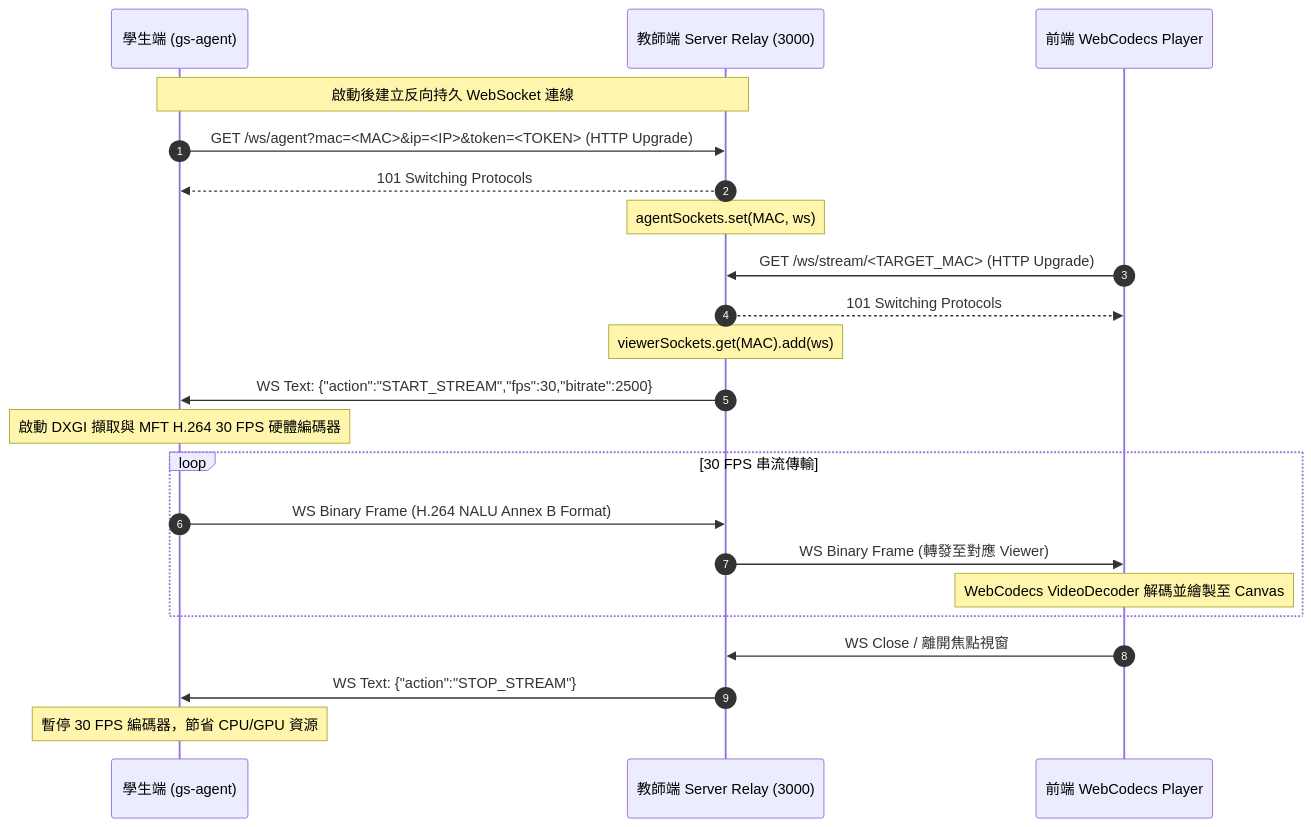
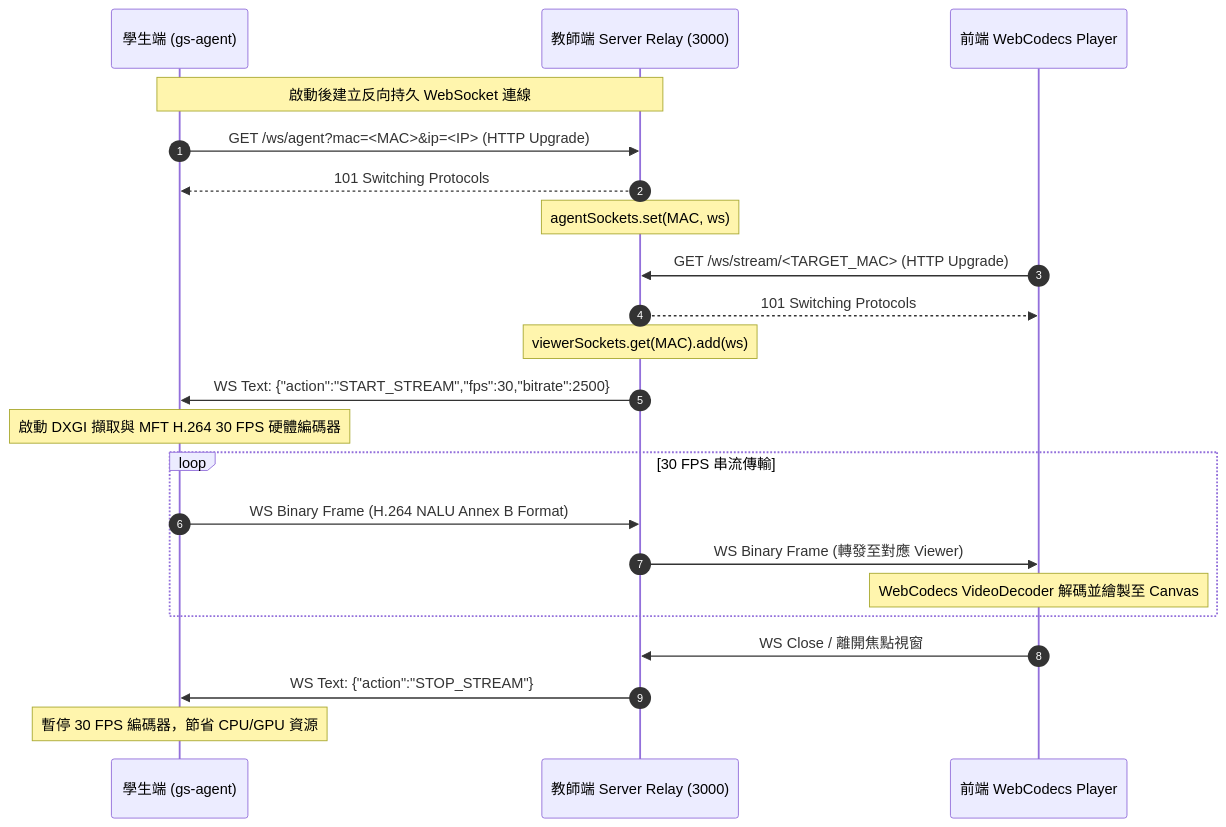
Before and after one commit to zzlee/gridsight: the third of 4 diagrams in docs/protocol_spec.md, drawn with Mermaid. The commit also changed other lines of this file and 56 other files, not shown here.

First line of the commit message:
feat(assignment,rollcall,docker): add assignment collection & share cluster tests, roll call flow, and card simplification

````diff
--- a/docs/protocol_spec.md
+++ b/docs/protocol_spec.md
@@ -74,29 +76,29 @@
 ```mermaid
 sequenceDiagram
     autonumber
     participant Student as 學生端 (gs-agent)
     participant Server as 教師端 Server Relay (3000)
     participant Browser as 前端 WebCodecs Player
 
     Note over Student,Server: 啟動後建立反向持久 WebSocket 連線
-    Student->>Server: GET /ws/agent?mac=<MAC>&ip=<IP>&token=<TOKEN> (HTTP Upgrade)
+        Student->>Server: GET /ws/agent?mac=<MAC>&ip=<IP> (HTTP Upgrade)
     Server-->>Student: 101 Switching Protocols
     Note over Server: agentSockets.set(MAC, ws)
 
     Browser->>Server: GET /ws/stream/<TARGET_MAC> (HTTP Upgrade)
     Server-->>Browser: 101 Switching Protocols
     Note over Server: viewerSockets.get(MAC).add(ws)
 
     Server->>Student: WS Text: {"action":"START_STREAM","fps":30,"bitrate":2500}
     Note over Student: 啟動 DXGI 擷取與 MFT H.264 30 FPS 硬體編碼器
 
     loop 30 FPS 串流傳輸
         Student->>Server: WS Binary Frame (H.264 NALU Annex B Format)
         Server->>Browser: WS Binary Frame (轉發至對應 Viewer)
         Note over Browser: WebCodecs VideoDecoder 解碼並繪製至 Canvas
     end
 
     Browser->>Server: WS Close / 離開焦點視窗
     Server->>Student: WS Text: {"action":"STOP_STREAM"}
     Note over Student: 暫停 30 FPS 編碼器，節省 CPU/GPU 資源
 ```
````
